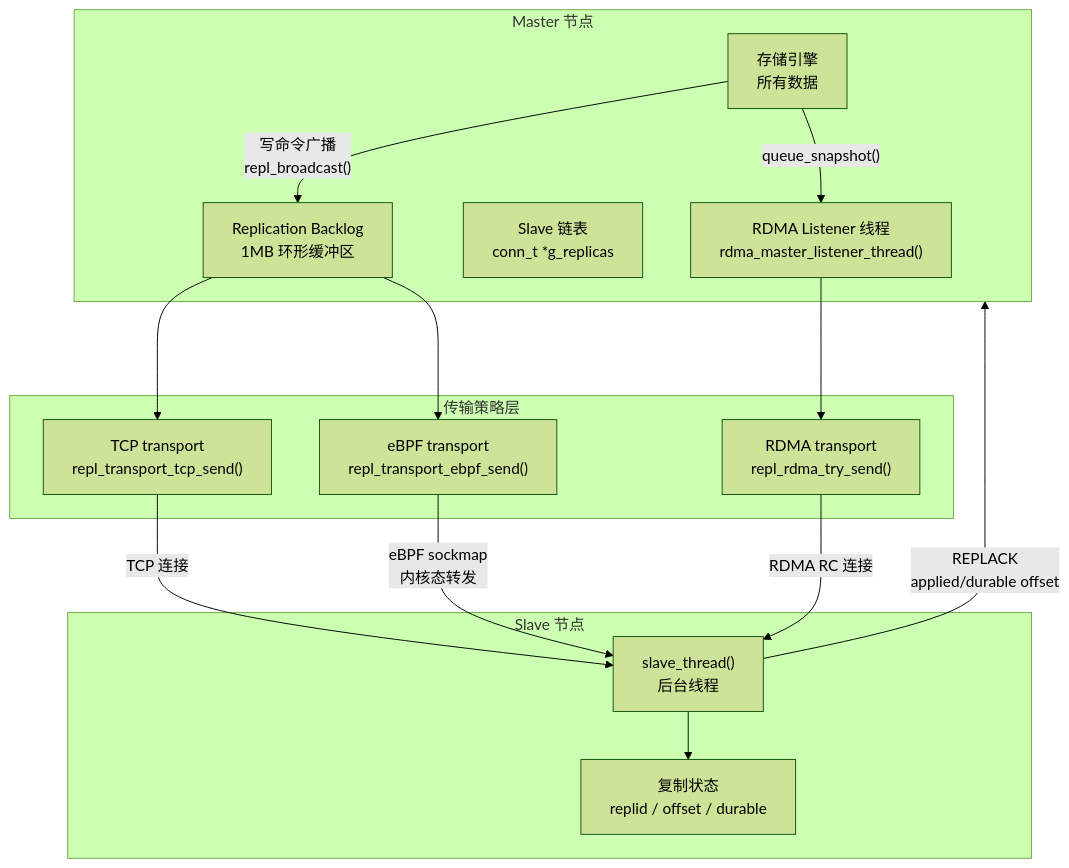
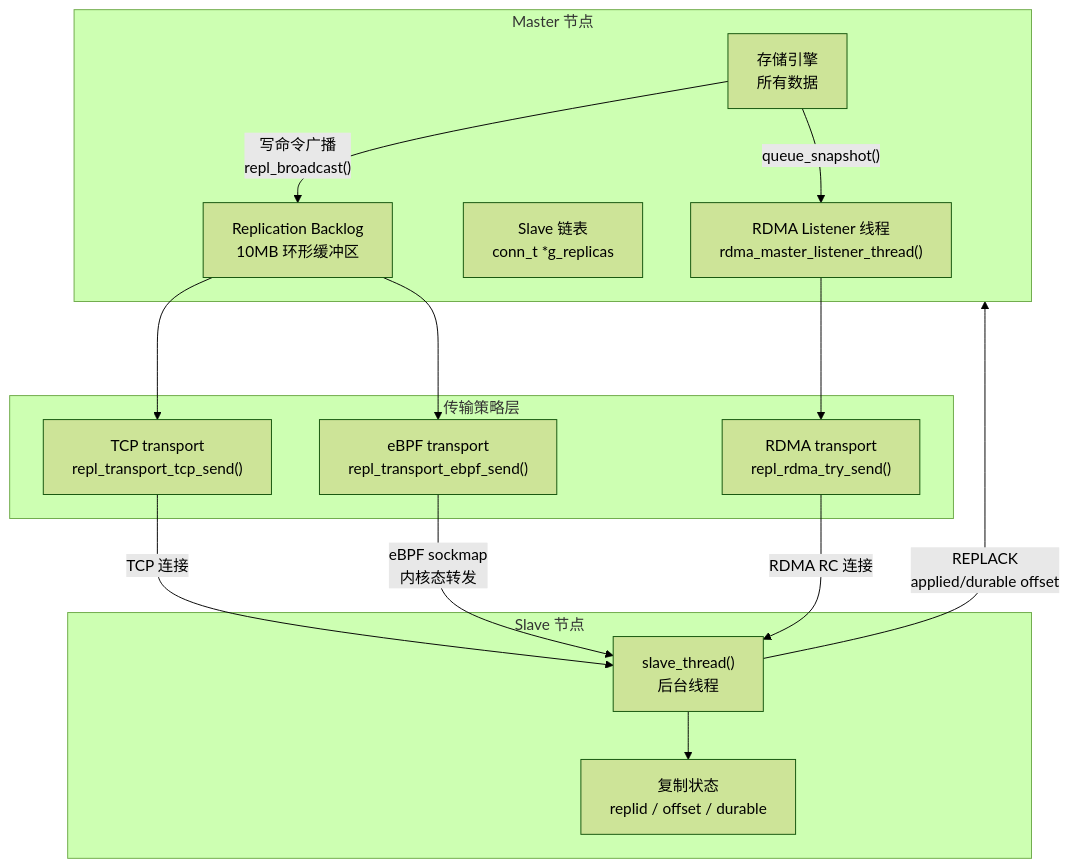
Before and after one commit to robotlover-1/pocket-kv: the sixth of 11 diagrams in kvstore/docs/tech-roadmap.md, drawn with Mermaid (forest theme). The commit also changed other lines of this file and 16 other files, not shown here.

First line of the commit message:
feat(repl): eBPF 捕获开关 + replication session 隔离 + backlog 连续性判定

````diff
--- a/kvstore/docs/tech-roadmap.md
+++ b/kvstore/docs/tech-roadmap.md
@@ -797,33 +797,33 @@
 ```mermaid
 flowchart TB
     subgraph Master["Master 节点"]
         MV["存储引擎\n所有数据"]
-        BACKLOG["Replication Backlog\n1MB 环形缓冲区"]
+        BACKLOG["Replication Backlog\n10MB 环形缓冲区"]
         REPL_LIST["Slave 链表\nconn_t *g_replicas"]
         RDMA_LISTENER["RDMA Listener 线程\nrdma_master_listener_thread()"]
     end
 
     subgraph Transport["传输策略层"]
         TCP_TCP["TCP transport\nrepl_transport_tcp_send()"]
         RDMA_TRANS["RDMA transport\nrepl_rdma_try_send()"]
         EBPF_TRANS["eBPF transport\nrepl_transport_ebpf_send()"]
     end
 
     subgraph Slave["Slave 节点"]
         SLAVE_THREAD["slave_thread()\n后台线程"]
         SLAVE_STATE["复制状态\nreplid / offset / durable"]
     end
 
     MV -->|"queue_snapshot()"| RDMA_LISTENER
     MV -->|"写命令广播\nrepl_broadcast()"| BACKLOG
     BACKLOG --> TCP_TCP
     BACKLOG --> EBPF_TRANS
     RDMA_LISTENER --> RDMA_TRANS
 
     TCP_TCP -->|"TCP 连接"| SLAVE_THREAD
     EBPF_TRANS -->|"eBPF sockmap\n内核态转发"| SLAVE_THREAD
     RDMA_TRANS -->|"RDMA RC 连接"| SLAVE_THREAD
 
     SLAVE_THREAD --> SLAVE_STATE
     SLAVE_THREAD -->|"REPLACK\napplied/durable offset"| Master
 ```
````
